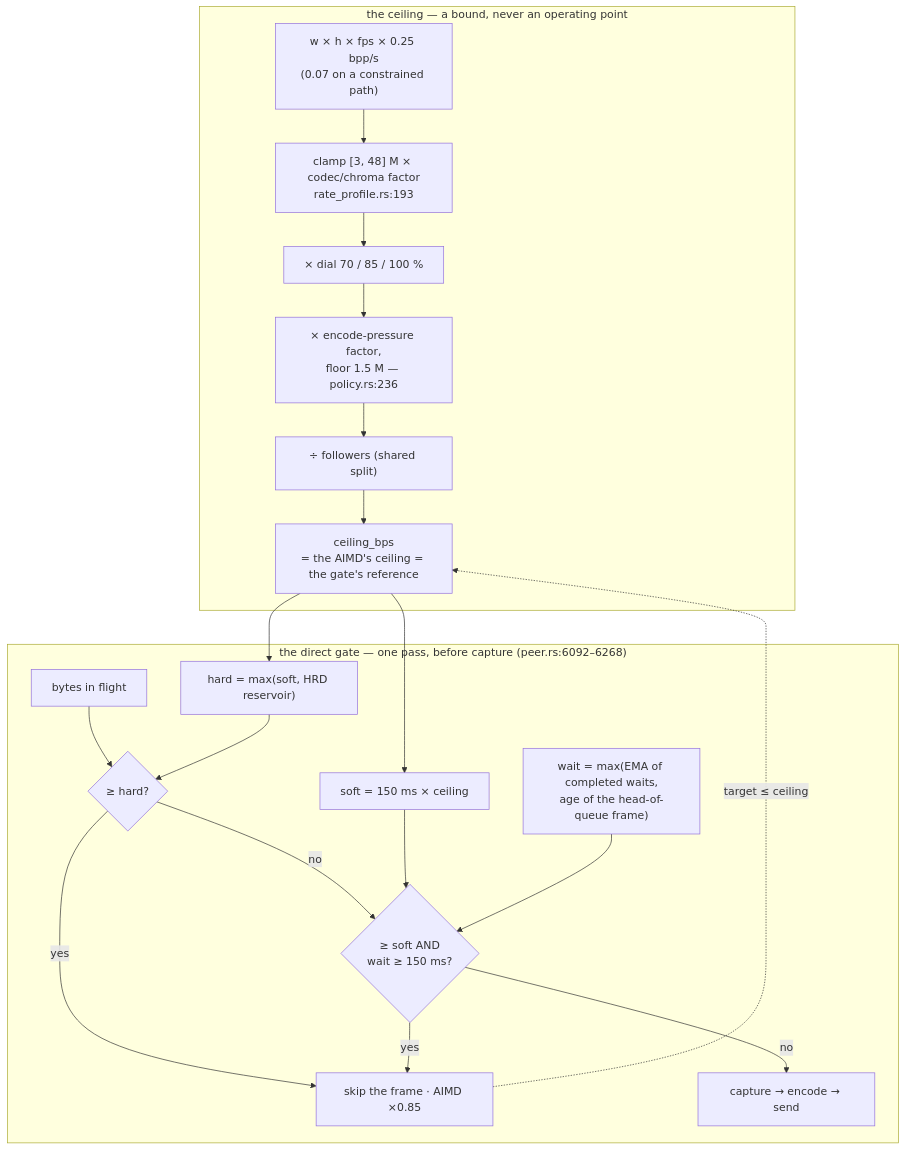
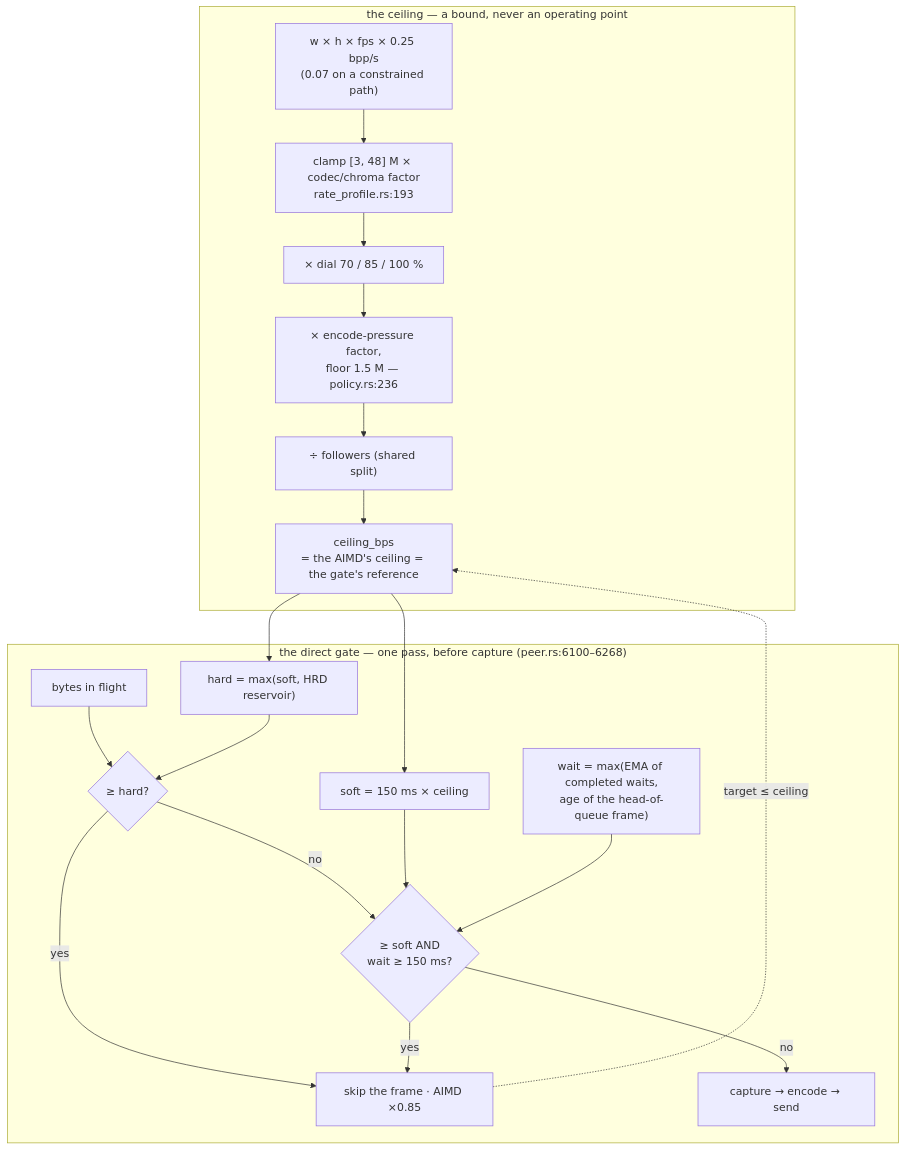
The third of 4 diagrams in docs/rate-control.md (gjovanov/roomler-ai), drawn with Mermaid before and after one commit. The commit also changed other lines of this file and 36 other files, not shown here.

````diff
--- a/docs/rate-control.md
+++ b/docs/rate-control.md
@@ -340,24 +340,24 @@
 ```mermaid
 flowchart TB
     subgraph ceiling["the ceiling — a bound, never an operating point"]
         G["w × h × fps × 0.25 bpp/s<br/>(0.07 on a constrained path)"] --> C["clamp [3, 48] M × codec/chroma factor<br/>rate_profile.rs:193"]
         C --> D["× dial 70 / 85 / 100 %"]
         D --> E["× encode-pressure factor,<br/>floor 1.5 M — policy.rs:236"]
         E --> S["÷ followers (shared split)"]
         S --> CEIL["ceiling_bps<br/>= the AIMD's ceiling = the gate's reference"]
     end
-    subgraph gate["the direct gate — one pass, before capture (peer.rs:6092–6268)"]
+    subgraph gate["the direct gate — one pass, before capture (peer.rs:6100–6268)"]
         CEIL --> SOFT["soft = 150 ms × ceiling"]
         CEIL --> HARD["hard = max(soft, HRD reservoir)"]
         W["wait = max(EMA of completed waits,<br/>age of the head-of-queue frame)"]
         Q["bytes in flight"] --> H{"≥ hard?"}
         HARD --> H
         H -- yes --> TRIP["skip the frame · AIMD ×0.85"]
         H -- no --> SQ{"≥ soft AND<br/>wait ≥ 150 ms?"}
         SOFT --> SQ
         W --> SQ
         SQ -- yes --> TRIP
         SQ -- no --> PASS["capture → encode → send"]
     end
     TRIP -.->|"target ≤ ceiling"| CEIL
 ```
````
